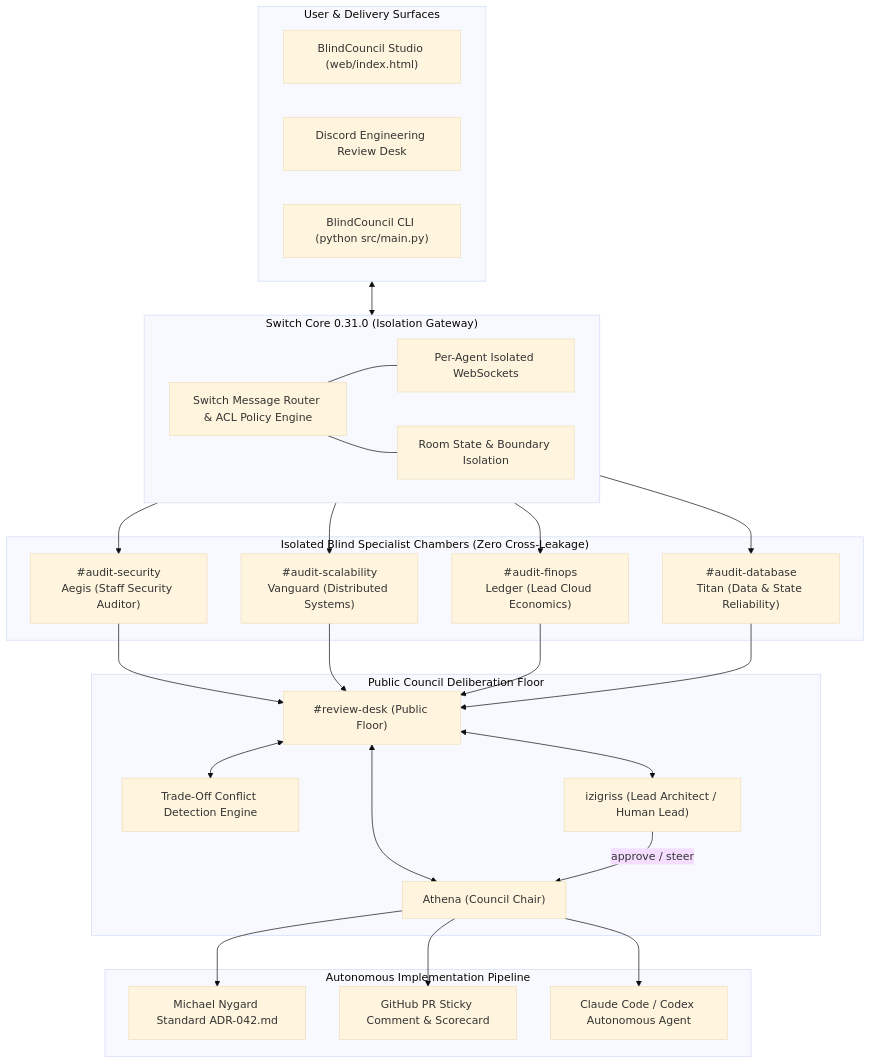
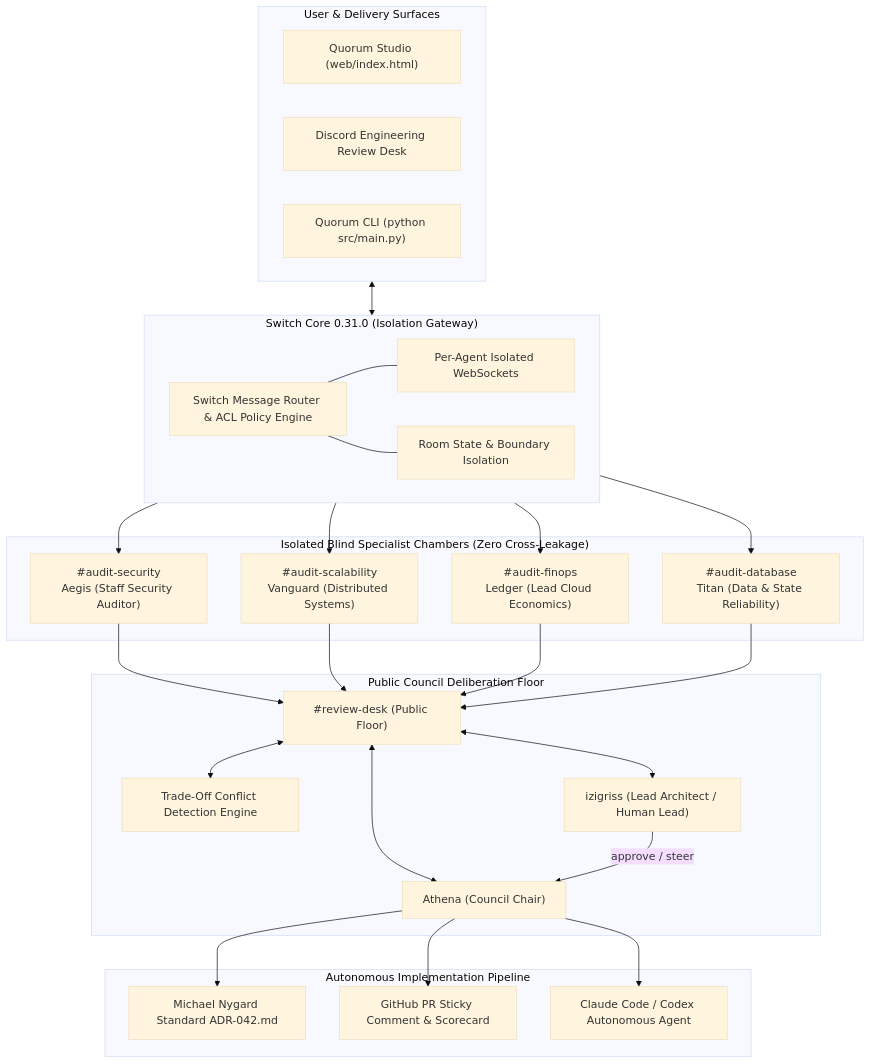
Before and after one commit to ace-ify/quorum: the diagram in ARCHITECTURE.md, drawn with Mermaid (base theme). The commit also changed other lines of this file and 37 other files, not shown here.

Commit message:
feat(core): transform into Quorum 2.0 with soundproof room isolation, reactive studio, dynamic rfc deliberation, and 9/9 passing tests

````diff
--- a/ARCHITECTURE.md
+++ b/ARCHITECTURE.md
@@ -12,57 +12,57 @@
 ```mermaid
 flowchart TD
     subgraph UI ["User & Delivery Surfaces"]
-        Studio["BlindCouncil Studio (web/index.html)"]
+        Studio["Quorum Studio (web/index.html)"]
         Discord["Discord Engineering Review Desk"]
-        CLI["BlindCouncil CLI (python src/main.py)"]
+        CLI["Quorum CLI (python src/main.py)"]
     end
 
     subgraph Switch ["Switch Core 0.31.0 (Isolation Gateway)"]
         SW_Router["Switch Message Router & ACL Policy Engine"]
         SW_WS["Per-Agent Isolated WebSockets"]
         SW_Rooms["Room State & Boundary Isolation"]
         
         SW_Router --- SW_WS
         SW_Router --- SW_Rooms
     end
 
     subgraph Chambers ["Isolated Blind Specialist Chambers (Zero Cross-Leakage)"]
         ChSec["#audit-security\nAegis (Staff Security Auditor)"]
         ChScale["#audit-scalability\nVanguard (Distributed Systems)"]
         ChFin["#audit-finops\nLedger (Lead Cloud Economics)"]
         ChData["#audit-database\nTitan (Data & State Reliability)"]
     end
 
     subgraph CouncilFloor ["Public Council Deliberation Floor"]
         Chair["Athena (Council Chair)"]
         ConflictEngine["Trade-Off Conflict Detection Engine"]
         PublicFloor["#review-desk (Public Floor)"]
         Human["izigriss (Lead Architect / Human Lead)"]
     end
 
     subgraph Downstream ["Autonomous Implementation Pipeline"]
         ADR["Michael Nygard Standard ADR-042.md"]
         PRComment["GitHub PR Sticky Comment & Scorecard"]
         ClaudeCode["Claude Code / Codex Autonomous Agent"]
     end
 
     UI <--> Switch
     Switch --> ChSec
     Switch --> ChScale
     Switch --> ChFin
     Switch --> ChData
 
     ChSec --> PublicFloor
     ChScale --> PublicFloor
     ChFin --> PublicFloor
     ChData --> PublicFloor
 
     PublicFloor <--> Chair
     PublicFloor <--> ConflictEngine
     PublicFloor <--> Human
 
     Human -- "approve / steer" --> Chair
     Chair --> ADR
     Chair --> PRComment
     Chair --> ClaudeCode
 ```
````
